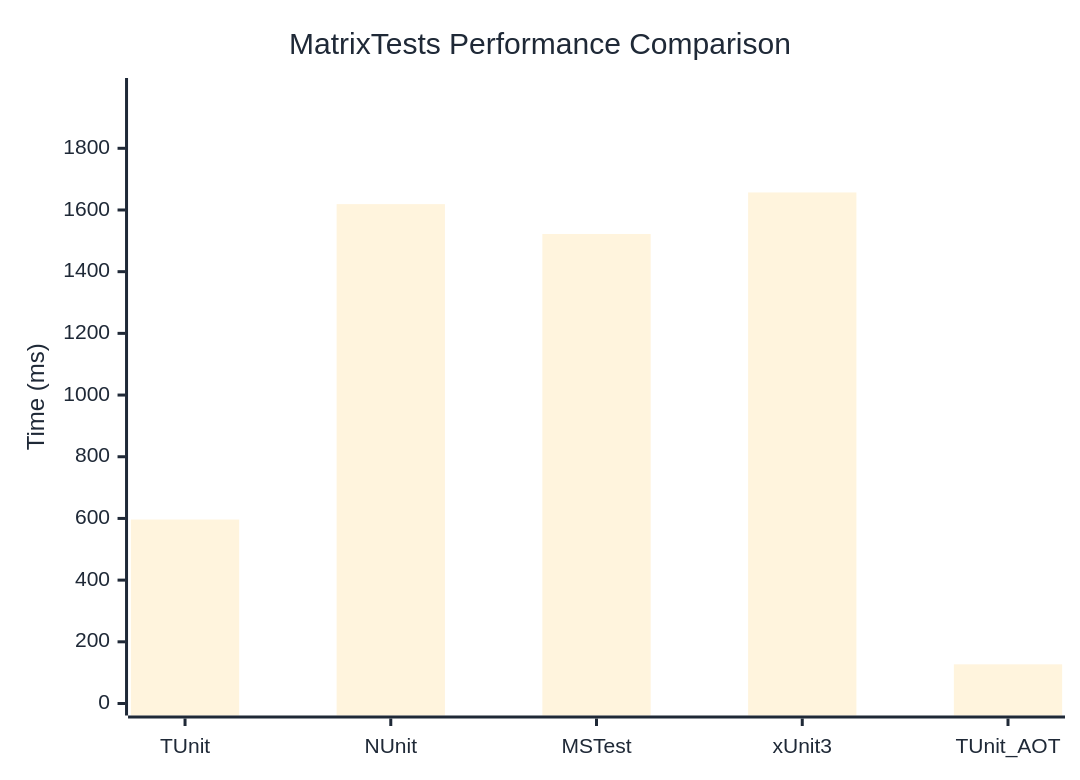
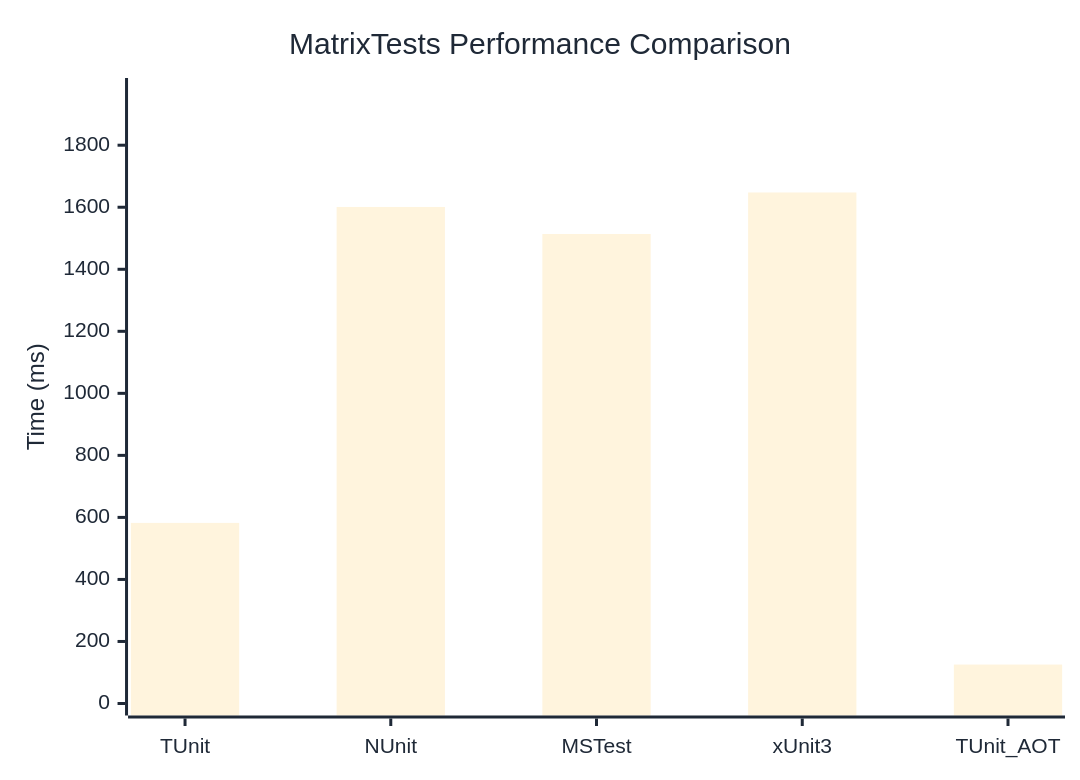
One commit to thomhurst/TUnit changed the diagram in docs/docs/benchmarks/MatrixTests.md. Above: the diagram before and after it, drawn with Mermaid. The commit also changed other lines of this file and 17 other files, not shown here.

````diff
--- a/docs/docs/benchmarks/MatrixTests.md
+++ b/docs/docs/benchmarks/MatrixTests.md
@@ -27,37 +27,37 @@
 ```mermaid
 %%{init: {
   'theme':'base',
   'themeVariables': {
     'primaryColor': '#2563eb',
     'primaryTextColor': '#1f2937',
     'primaryBorderColor': '#1e40af',
     'lineColor': '#6b7280',
     'secondaryColor': '#7c3aed',
     'tertiaryColor': '#dc2626',
     'background': '#ffffff',
     'mainBkg': '#2563eb',
     'secondBkg': '#7c3aed',
     'tertiaryBkg': '#dc2626',
     'clusterBkg': '#f3f4f6',
     'edgeLabelBackground': '#ffffff',
     'tertiaryTextColor': '#1f2937',
     'pie1': '#2563eb',
     'pie2': '#7c3aed',
     'pie3': '#dc2626',
     'pie4': '#f59e0b',
     'pie5': '#10b981',
     'pie6': '#06b6d4',
     'pie7': '#ec4899',
     'pie8': '#6366f1',
     'pie9': '#84cc16',
     'pie10': '#f97316',
     'pie11': '#14b8a6',
     'pie12': '#a855f7'
   }
 }}%%
 xychart-beta
   title "MatrixTests Performance Comparison"
   x-axis ["TUnit", "NUnit", "MSTest", "xUnit3", "TUnit_AOT"]
-  y-axis "Time (ms)" 0 --> 1989
-  bar [596.4, 1619, 1522.1, 1656.9, 127]
+  y-axis "Time (ms)" 0 --> 1978
+  bar [582.3, 1600.9, 1513.8, 1647.6, 125.5]
 ```
````
